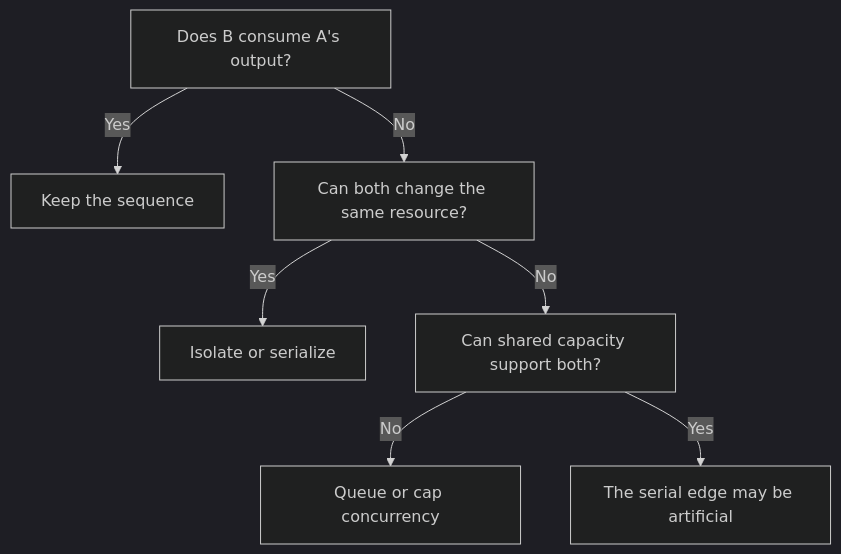
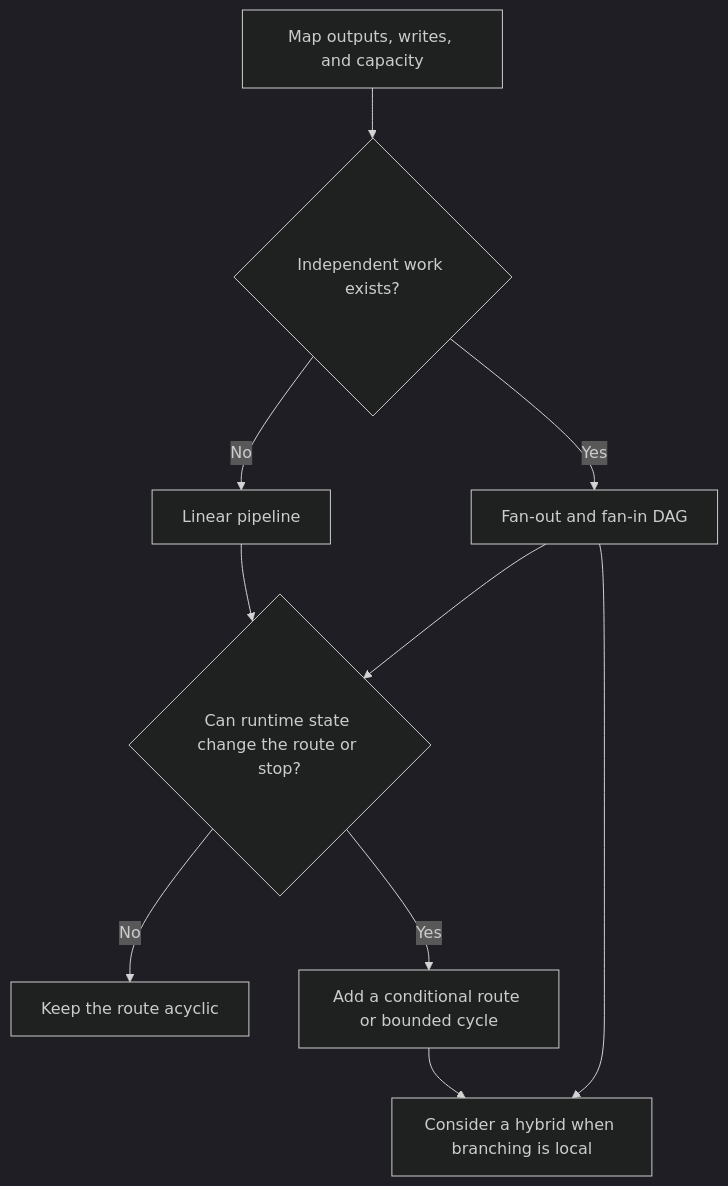
One commit to Herbertcuba/herbertcuba-personal-blog changed the first of 2 diagrams in src/drafts/df3f4646.md. Above: the diagram before and after it, drawn with Mermaid (dark theme). The commit also changed other lines of this file, not shown here.

Commit message:
draft(t_3af0b546): Use a Pipeline Until the Work Proves It Needs a Graph

````diff
--- a/src/drafts/df3f4646.md
+++ b/src/drafts/df3f4646.md
@@ -25,9 +22,12 @@
 ```mermaid
 flowchart TD
-    A[Does B consume A's output?] -->|Yes| S[Keep the sequence]
-    A -->|No| M[Can both change the same resource?]
-    M -->|Yes| I[Isolate or serialize]
-    M -->|No| C[Can shared capacity support both?]
-    C -->|No| Q[Queue or cap concurrency]
-    C -->|Yes| P[The serial edge may be artificial]
+    A[Map outputs, writes, and capacity] --> B{Independent work exists?}
+    B -->|No| C[Linear pipeline]
+    B -->|Yes| D[Fan-out and fan-in DAG]
+    C --> E{Can runtime state change the route or stop?}
+    D --> E
+    E -->|No| F[Keep the route acyclic]
+    E -->|Yes| G[Add a conditional route or bounded cycle]
+    D --> H[Consider a hybrid when branching is local]
+    G --> H
 ```
````
